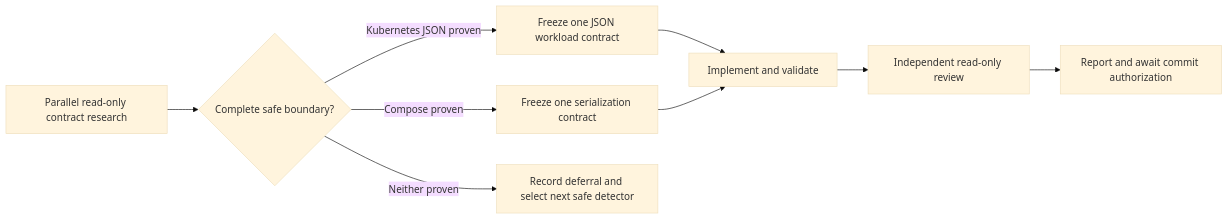
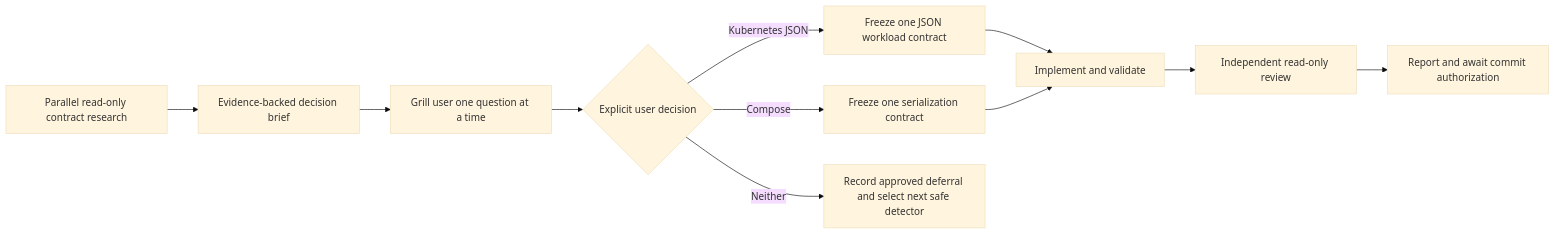
Before and after one commit to cdespona/bounded-knowledge: the diagram in docs/handoffs/2026-09-21-slice-9-deployment-images-handoff.md, drawn with Mermaid (base theme). The commit also changed other lines of this file and 28 other files, not shown here.

````diff
--- a/docs/handoffs/2026-09-21-slice-9-deployment-images-handoff.md
+++ b/docs/handoffs/2026-09-21-slice-9-deployment-images-handoff.md
@@ -11,11 +11,13 @@
 ```mermaid
 flowchart LR
-    Research["Parallel read-only contract research"] --> Decision{"Complete safe boundary?"}
-    Decision -->|Kubernetes JSON proven| K8s["Freeze one JSON workload contract"]
-    Decision -->|Compose proven| Compose["Freeze one serialization contract"]
-    Decision -->|Neither proven| Defer["Record deferral and select next safe detector"]
+    Research["Parallel read-only contract research"] --> Brief["Evidence-backed decision brief"]
+    Brief --> Grill["Grill user one question at a time"]
+    Grill --> Approval{"Explicit user decision"}
+    Approval -->|Kubernetes JSON| K8s["Freeze one JSON workload contract"]
+    Approval -->|Compose| Compose["Freeze one serialization contract"]
+    Approval -->|Neither| Defer["Record approved deferral and select next safe detector"]
     K8s --> Implement["Implement and validate"]
     Compose --> Implement
     Implement --> Review["Independent read-only review"]
     Review --> Report["Report and await commit authorization"]
 ```
````
